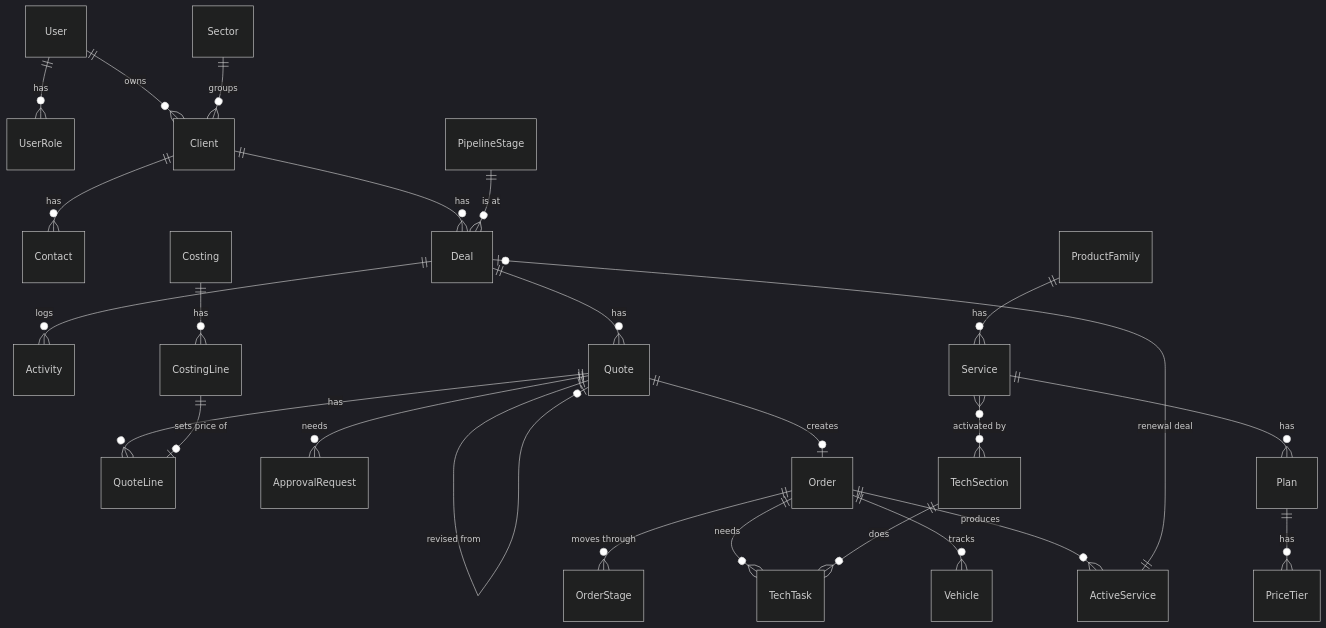
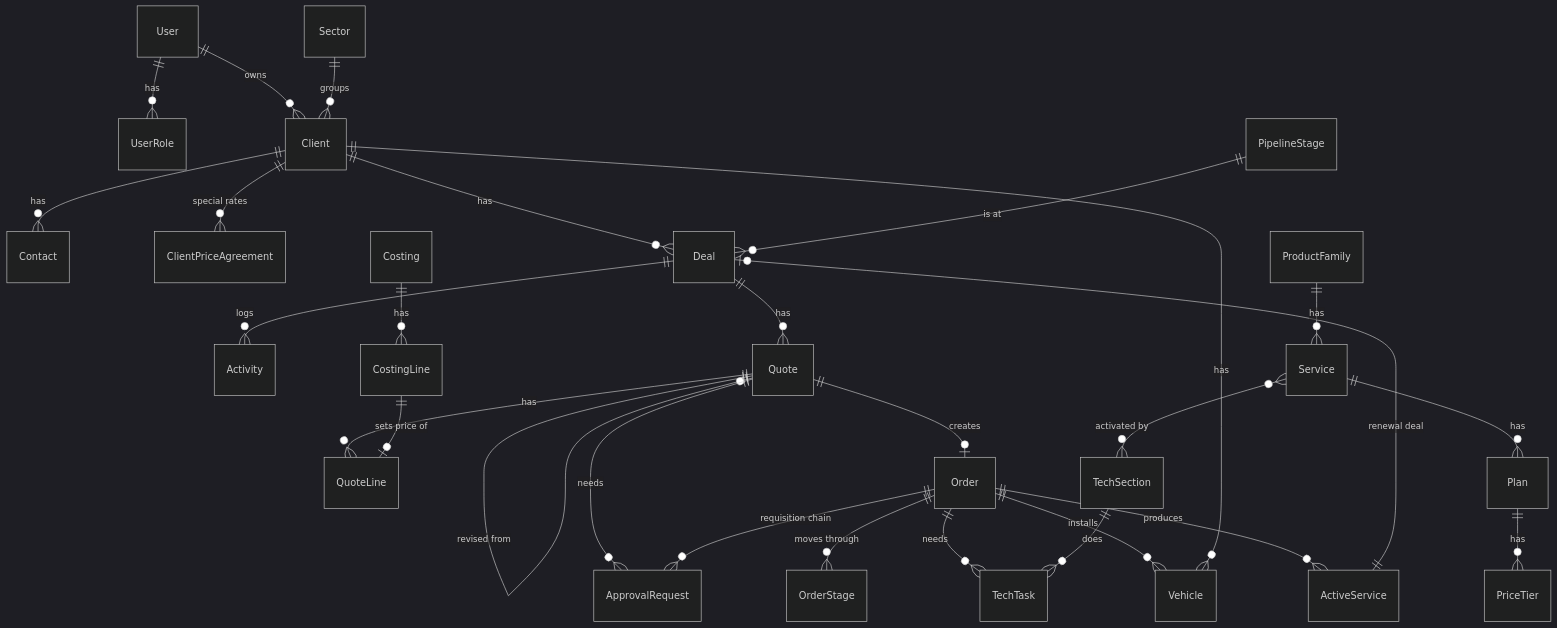
The diagram in docs/DESIGN.md (MoAmiinDeveloper/intro-to-github), drawn with Mermaid (dark theme) before and after one commit. The commit also changed other lines of this file, not shown here.

````diff
--- a/docs/DESIGN.md
+++ b/docs/DESIGN.md
@@ -111,27 +214,30 @@
 ```mermaid
 erDiagram
   User ||--o{ UserRole : has
   User ||--o{ Client : owns
   Sector ||--o{ Client : groups
   Client ||--o{ Contact : has
+  Client ||--o{ ClientPriceAgreement : "special rates"
   Client ||--o{ Deal : has
   PipelineStage ||--o{ Deal : "is at"
   Deal ||--o{ Activity : logs
   Deal ||--o{ Quote : has
   Quote ||--o{ QuoteLine : has
   Quote ||--o| Quote : "revised from"
   Costing ||--o{ CostingLine : has
   CostingLine ||--o| QuoteLine : "sets price of"
   Quote ||--o{ ApprovalRequest : needs
   Quote ||--o| Order : creates
   Order ||--o{ OrderStage : "moves through"
-  Order ||--o{ TechTask : "needs"
+  Order ||--o{ ApprovalRequest : "requisition chain"
+  Order ||--o{ TechTask : needs
   TechSection ||--o{ TechTask : does
   ProductFamily ||--o{ Service : has
   Service }o--o{ TechSection : "activated by"
   Service ||--o{ Plan : has
   Plan ||--o{ PriceTier : has
-  Order ||--o{ Vehicle : tracks
+  Order ||--o{ Vehicle : installs
+  Client ||--o{ Vehicle : has
   Order ||--o{ ActiveService : produces
   ActiveService ||--o| Deal : "renewal deal"
 ```
````
